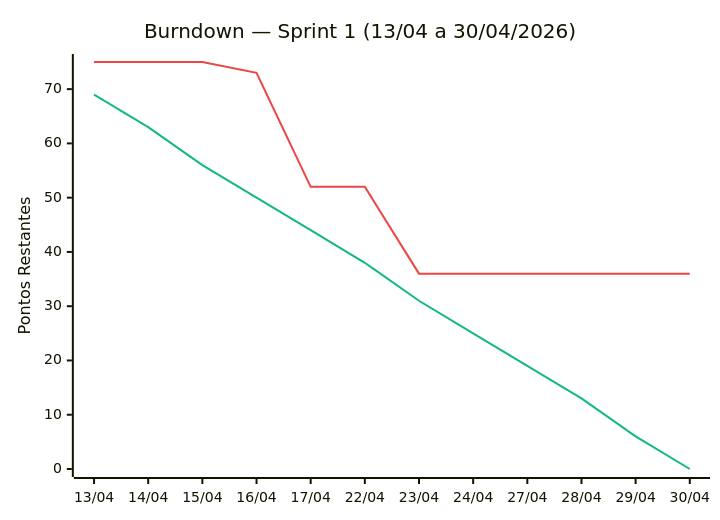
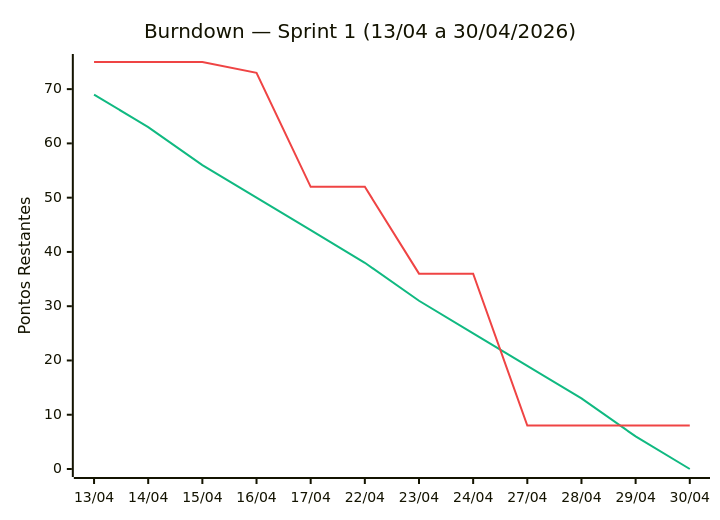
One commit to DEVassos/scrum-flow-abp changed the diagram in docs/scrum/sprint-1/sprint-1.md. Above: the diagram before and after it, drawn with Mermaid. The commit also changed other lines of this file and 1 other file, not shown here.

````diff
--- a/docs/scrum/sprint-1/sprint-1.md
+++ b/docs/scrum/sprint-1/sprint-1.md
@@ -68,10 +68,10 @@
 ```mermaid
 xychart-beta
     title "Burndown — Sprint 1 (13/04 a 30/04/2026)"
     x-axis ["13/04", "14/04", "15/04", "16/04", "17/04", "22/04", "23/04", "24/04", "27/04", "28/04", "29/04", "30/04"]
     y-axis "Pontos Restantes" 0 --> 75
     line [69, 63, 56, 50, 44, 38, 31, 25, 19, 13, 6, 0]
-    line [75, 75, 75, 73, 52, 52, 36, 36, 36, 36, 36, 36]
+    line [75, 75, 75, 73, 52, 52, 36, 36, 8, 8, 8, 8]
     
     %%{init: {'themeVariables': {'xyChart': {'plotColorPalette': '#10b981, #ef4444'}}, 'legend': {'visible': true}}}%%
 ```
````
